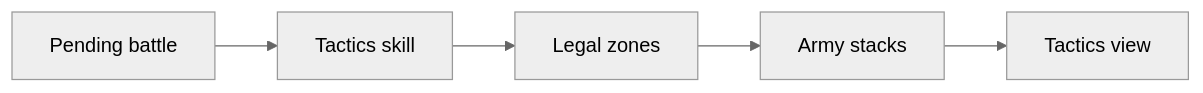
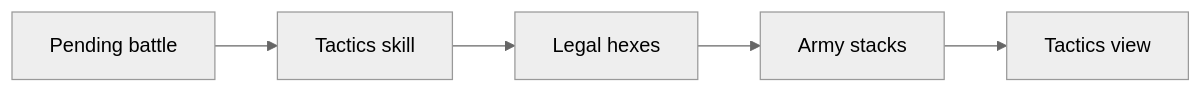
One commit to SunaNoOshiro/Heroes_Reforged_AI_Realms changed the second of 5 diagrams in docs/architecture/wiki/screens/45-tactics-phase/architecture.md. Above: the diagram before and after it, drawn with Mermaid (neutral theme). The commit also changed other lines of this file and 518 other files, not shown here.

First line of the commit message:
Add doc-audit skill and sweep architecture/screen docs

````diff
--- a/docs/architecture/wiki/screens/45-tactics-phase/architecture.md
+++ b/docs/architecture/wiki/screens/45-tactics-phase/architecture.md
@@ -34,8 +39,7 @@
 ```mermaid
 flowchart LR
-  L0["Pending battle"] --> L1
-  L1["Tactics skill"] --> L2
-  L2["Legal zones"] --> L3
-  L3["Army stacks"] --> L4
-  L4["Tactics view"]
+  L0["Pending battle"] --> L1["Tactics skill"]
+  L1 --> L2["Legal hexes"]
+  L2 --> L3["Army stacks"]
+  L3 --> L4["Tactics view"]
 ```
````
